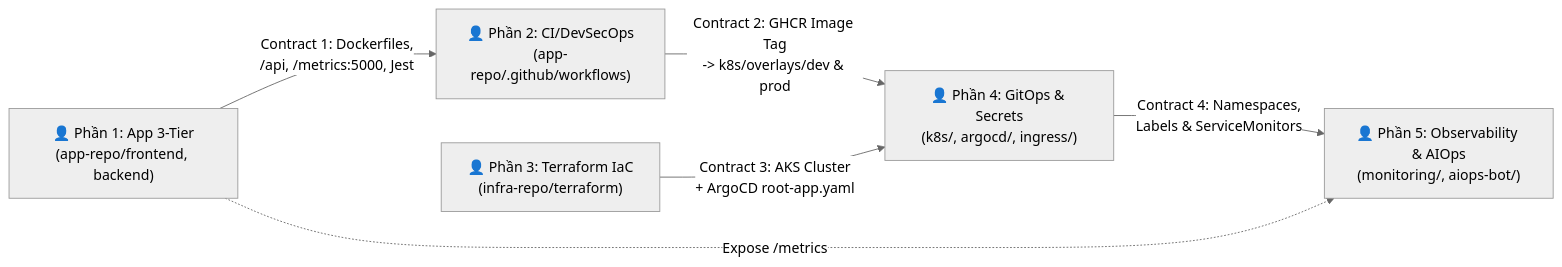
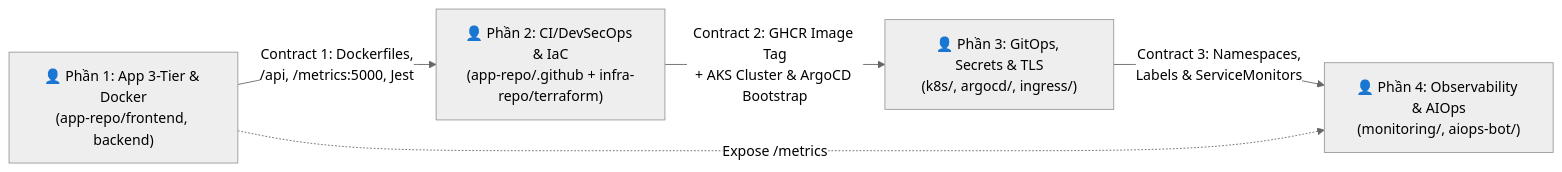
The diagram in docs/TEAM_DIVISION.md (baongdqu/devsecops-project), drawn with Mermaid (neutral theme) before and after one commit. The commit also changed other lines of this file and 1 other file, not shown here.

````diff
--- a/docs/TEAM_DIVISION.md
+++ b/docs/TEAM_DIVISION.md
@@ -9,8 +9,7 @@
 ```mermaid
 flowchart LR
-    P1["👤 Phần 1: App 3-Tier\n(app-repo/frontend, backend)"] -->|Contract 1: Dockerfiles,\n/api, /metrics:5000, Jest| P2["👤 Phần 2: CI/DevSecOps\n(app-repo/.github/workflows)"]
-    P2 -->|Contract 2: GHCR Image Tag\n-> k8s/overlays/dev & prod| P4["👤 Phần 4: GitOps & Secrets\n(k8s/, argocd/, ingress/)"]
-    P3["👤 Phần 3: Terraform IaC\n(infra-repo/terraform)"] -->|Contract 3: AKS Cluster\n+ ArgoCD root-app.yaml| P4
-    P4 -->|Contract 4: Namespaces,\nLabels & ServiceMonitors| P5["👤 Phần 5: Observability & AIOps\n(monitoring/, aiops-bot/)"]
-    P1 -.->|Expose /metrics| P5
+    P1["👤 Phần 1: App 3-Tier & Docker\n(app-repo/frontend, backend)"] -->|Contract 1: Dockerfiles,\n/api, /metrics:5000, Jest| P2["👤 Phần 2: CI/DevSecOps & IaC\n(app-repo/.github + infra-repo/terraform)"]
+    P2 -->|Contract 2: GHCR Image Tag\n+ AKS Cluster & ArgoCD Bootstrap| P3["👤 Phần 3: GitOps, Secrets & TLS\n(k8s/, argocd/, ingress/)"]
+    P3 -->|Contract 3: Namespaces,\nLabels & ServiceMonitors| P4["👤 Phần 4: Observability & AIOps\n(monitoring/, aiops-bot/)"]
+    P1 -.->|Expose /metrics| P4
 ```
````
